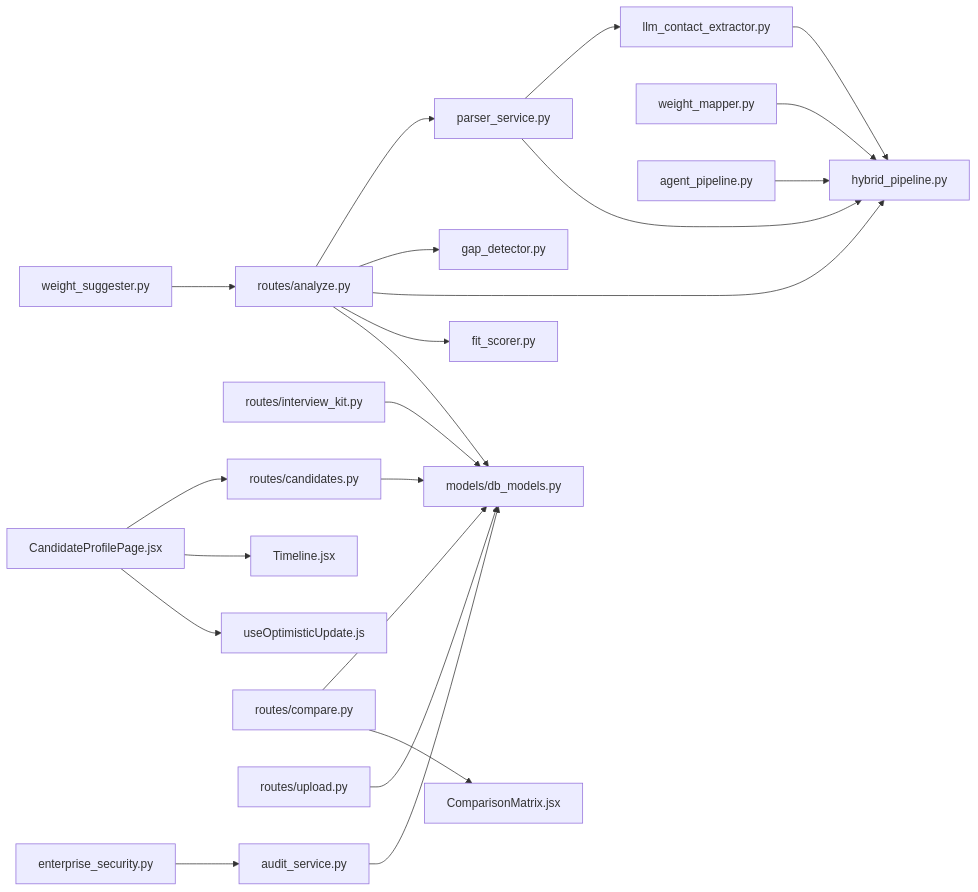
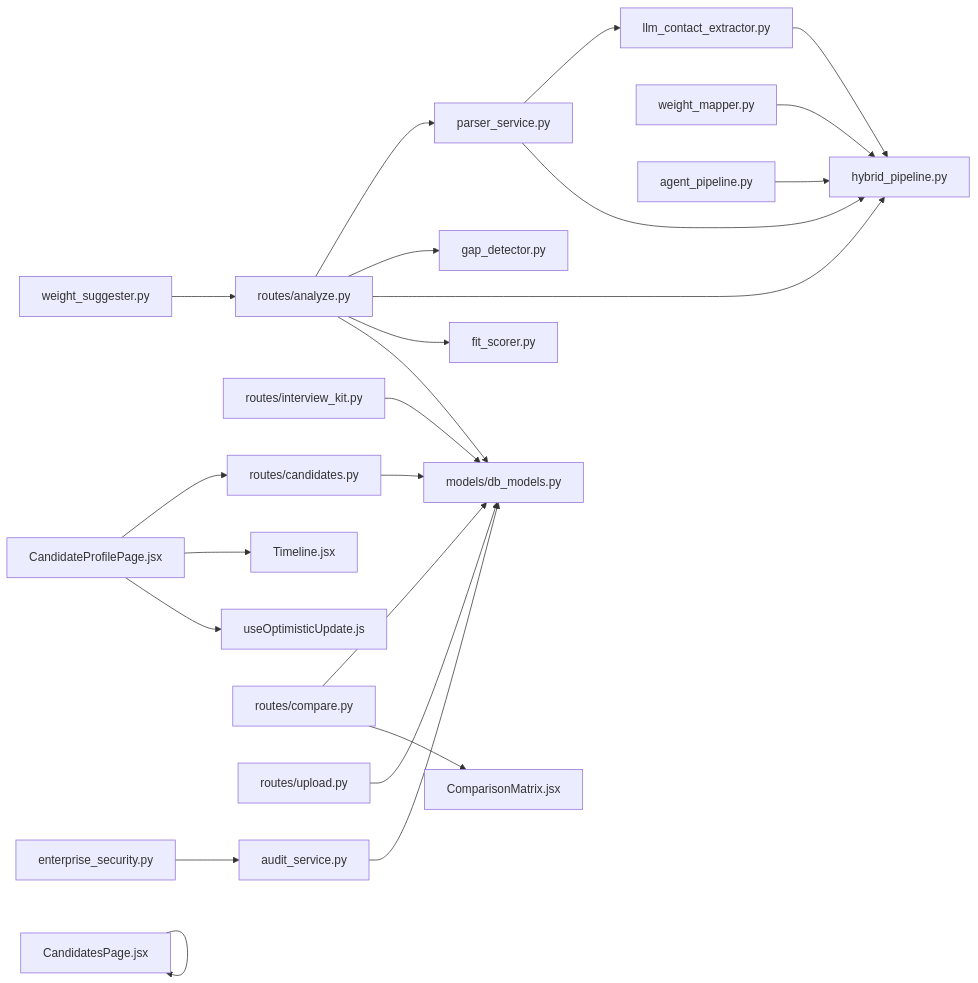
Diagram 24 of 24 in .qoder/repowiki/en/content/Candidate Management/Candidate Management.md (Revanththetalogics/aireume), drawn with Mermaid before and after one commit. The commit also changed other lines of this file and 118 other files, not shown here.

````diff
--- a/.qoder/repowiki/en/content/Candidate Management/Candidate Management.md
+++ b/.qoder/repowiki/en/content/Candidate Management/Candidate Management.md
@@ -1285,24 +1323,25 @@
 ```mermaid
 graph LR
 PS["parser_service.py"] --> LCE["llm_contact_extractor.py"]
 PS --> HP["hybrid_pipeline.py"]
 LCE --> HP
 WM["weight_mapper.py"] --> HP
 WS["weight_suggester.py"] --> RA["routes/analyze.py"]
 RA --> PS
 RA --> GD["gap_detector.py"]
 RA --> HP
 RA --> FS["fit_scorer.py"]
 RA --> DBM["models/db_models.py"]
 RIK["routes/interview_kit.py"] --> DBM
 RC["routes/candidates.py"] --> DBM
 RCPP["CandidateProfilePage.jsx"] --> RC
 RCPP --> TL["Timeline.jsx"]
 RCPP --> OU["useOptimisticUpdate.js"]
 RCM["routes/compare.py"] --> DBM
 RCM --> CM["ComparisonMatrix.jsx"]
 RU["routes/upload.py"] --> DBM
 AP["agent_pipeline.py"] --> HP
 AUD["audit_service.py"] --> DBM
 ES["enterprise_security.py"] --> AUD
+CP["CandidatesPage.jsx"] --> CP
 ```
````
